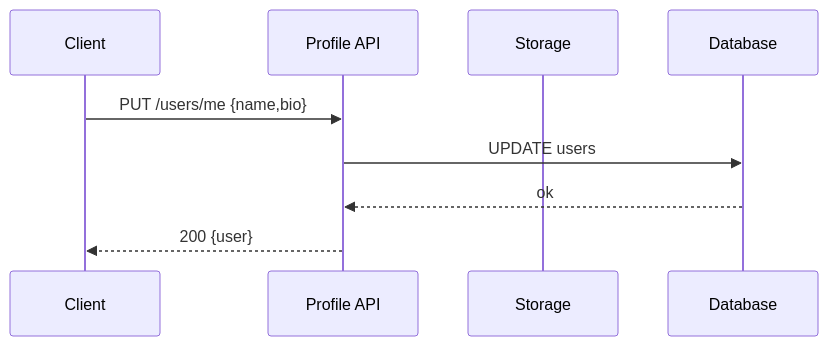
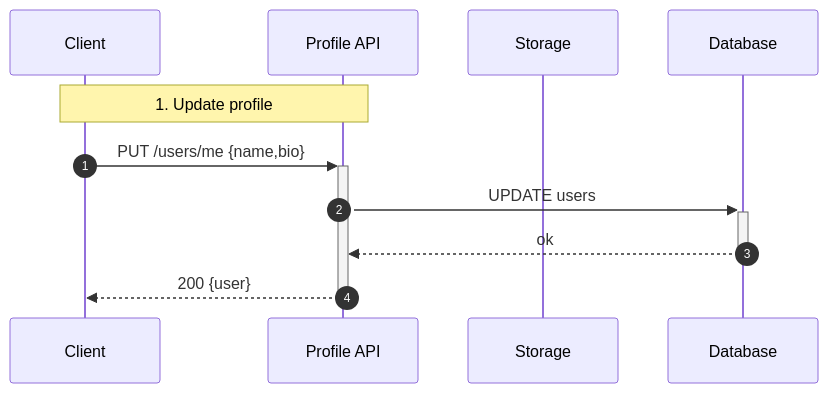
One commit to dinhhoang235/Chat-App changed the diagram in docs/profile.md. Above: the diagram before and after it, drawn with Mermaid. The commit also changed 12 other files, not shown here.

Commit message:
docs: enhance sequence diagrams with detailed notes for various features

````diff
--- a/docs/profile.md
+++ b/docs/profile.md
@@ -23,12 +23,14 @@
 ```mermaid
 sequenceDiagram
+  autonumber
   participant C as Client
   participant API as Profile API
   participant S as Storage
   participant DB as Database
 
-  C->>API: PUT /users/me {name,bio}
-  API->>DB: UPDATE users
-  DB-->>API: ok
-  API-->>C: 200 {user}
+  Note over C,API: 1. Update profile
+  C->>+API: PUT /users/me {name,bio}
+  API->>+DB: UPDATE users
+  DB-->>-API: ok
+  API-->>-C: 200 {user}
 ```
````
